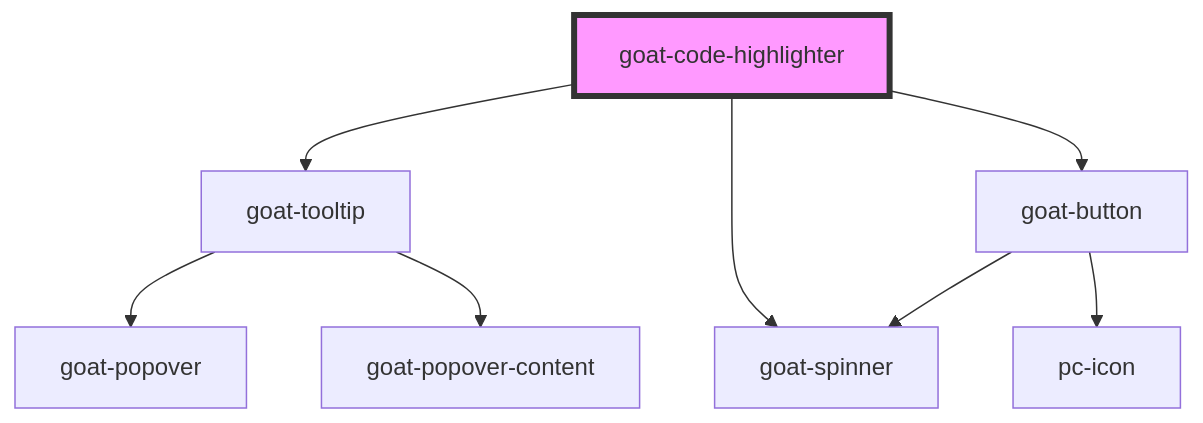
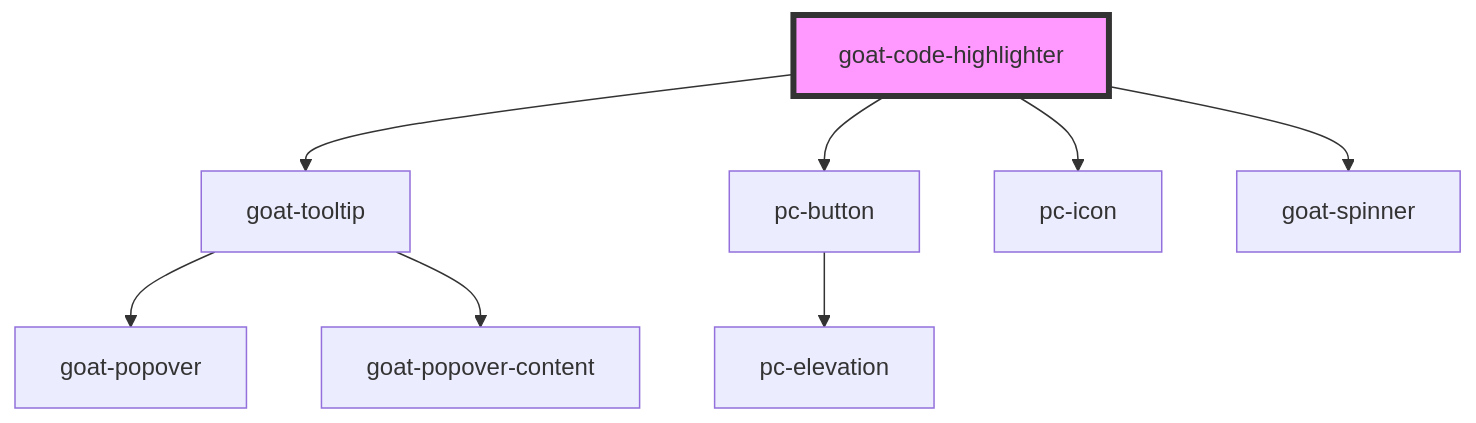
Before and after one commit to redvars/peacock: the diagram in src/components/application/code-highlighter/readme.md, drawn with Mermaid. The commit also changed other lines of this file and 280 other files, not shown here.

````diff
--- a/src/components/application/code-highlighter/readme.md
+++ b/src/components/application/code-highlighter/readme.md
@@ -29,11 +30,11 @@
 ```mermaid
 graph TD;
   goat-code-highlighter --> goat-tooltip
-  goat-code-highlighter --> goat-button
+  goat-code-highlighter --> pc-button
+  goat-code-highlighter --> pc-icon
   goat-code-highlighter --> goat-spinner
   goat-tooltip --> goat-popover
   goat-tooltip --> goat-popover-content
-  goat-button --> goat-spinner
-  goat-button --> pc-icon
+  pc-button --> pc-elevation
   style goat-code-highlighter fill:#f9f,stroke:#333,stroke-width:4px
 ```
````
